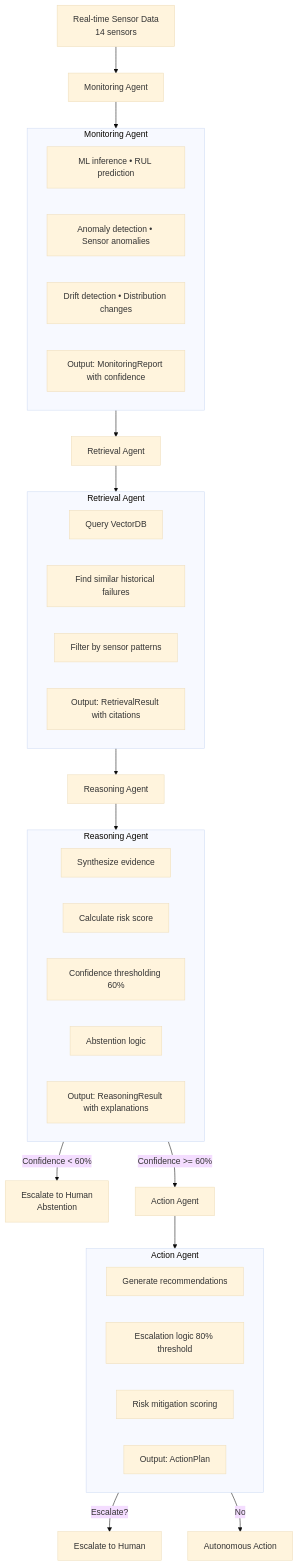
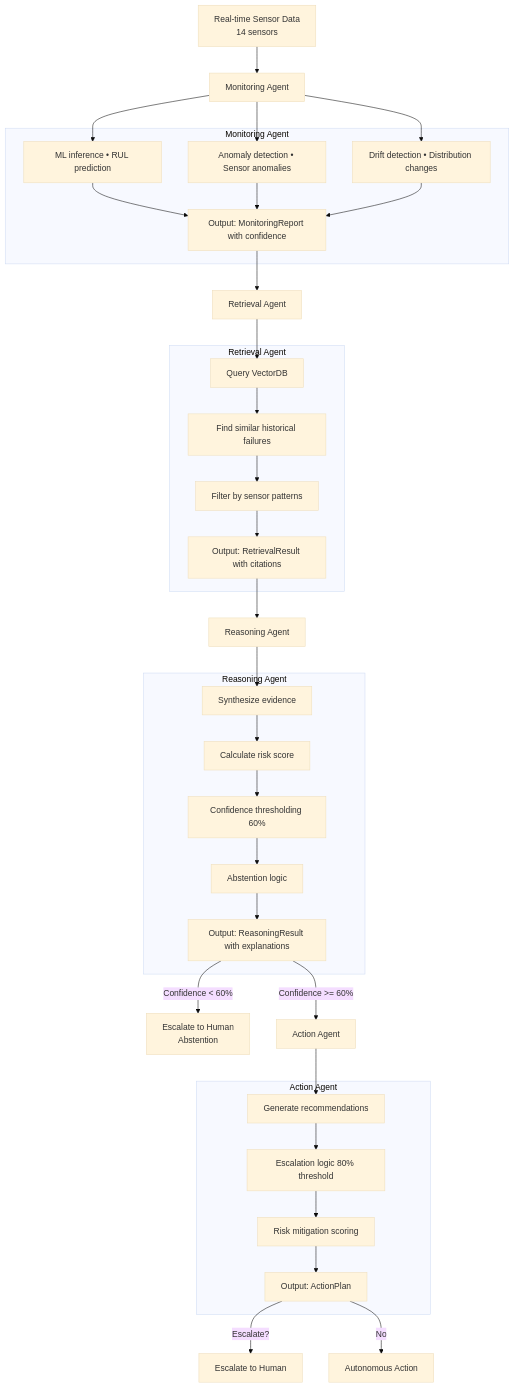
Before and after one commit to somesh-ghaturle/Agentic-Early-Warning-Intelligence-System-for-Silent-System-Failures: the first of 2 diagrams in docs/PHASE7_SUMMARY.md, drawn with Mermaid (base theme). The commit also changed 3 other files, not shown here.

````diff
--- a/docs/PHASE7_SUMMARY.md
+++ b/docs/PHASE7_SUMMARY.md
@@ -36,47 +36,51 @@
 ```mermaid
 flowchart TD
     Sensor[Real-time Sensor Data<br/>14 sensors] --> MA[Monitoring Agent]
     
     subgraph MON [Monitoring Agent]
         ML[ML inference • RUL prediction]
         AD[Anomaly detection • Sensor anomalies]
         DD[Drift detection • Distribution changes]
         Out1[Output: MonitoringReport with confidence]
+        ML & AD & DD --> Out1
     end
     
-    MA --> MON
-    MON --> RA[Retrieval Agent]
+    MA --> ML & AD & DD
+    Out1 --> RA[Retrieval Agent]
     
     subgraph RET [Retrieval Agent]
         Query[Query VectorDB]
         Sim[Find similar historical failures]
         Filter[Filter by sensor patterns]
         Out2[Output: RetrievalResult with citations]
+        Query --> Sim --> Filter --> Out2
     end
     
-    RA --> RET
-    RET --> REA[Reasoning Agent]
+    RA --> Query
+    Out2 --> REA[Reasoning Agent]
     
     subgraph REAS [Reasoning Agent]
         Syn[Synthesize evidence]
         Risk[Calculate risk score]
         Conf[Confidence thresholding 60%]
         Abs[Abstention logic]
         Out3[Output: ReasoningResult with explanations]
+        Syn --> Risk --> Conf --> Abs --> Out3
     end
     
-    REA --> REAS
-    REAS -- "Confidence < 60%" --> ESC1[Escalate to Human<br/>Abstention]
-    REAS -- "Confidence >= 60%" --> AA[Action Agent]
+    REA --> Syn
+    Out3 -- "Confidence < 60%" --> ESC1[Escalate to Human<br/>Abstention]
+    Out3 -- "Confidence >= 60%" --> AA[Action Agent]
     
     subgraph ACT [Action Agent]
         Gen[Generate recommendations]
         EscL[Escalation logic 80% threshold]
         Mit[Risk mitigation scoring]
         Out4[Output: ActionPlan]
+        Gen --> EscL --> Mit --> Out4
     end
     
-    AA --> ACT
-    ACT -- "Escalate?" --> ESC2[Escalate to Human]
-    ACT -- "No" --> AUTO[Autonomous Action]
+    AA --> Gen
+    Out4 -- "Escalate?" --> ESC2[Escalate to Human]
+    Out4 -- "No" --> AUTO[Autonomous Action]
 ```
````
